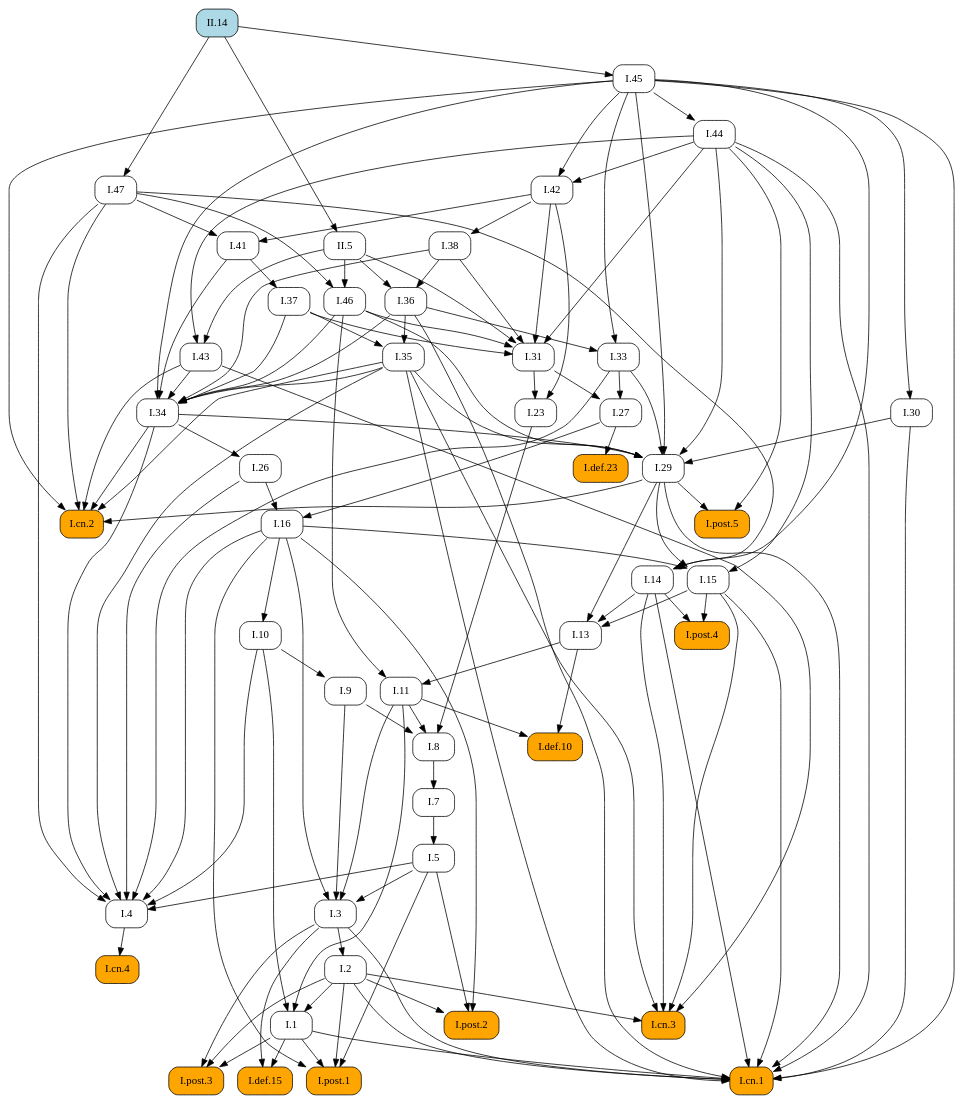
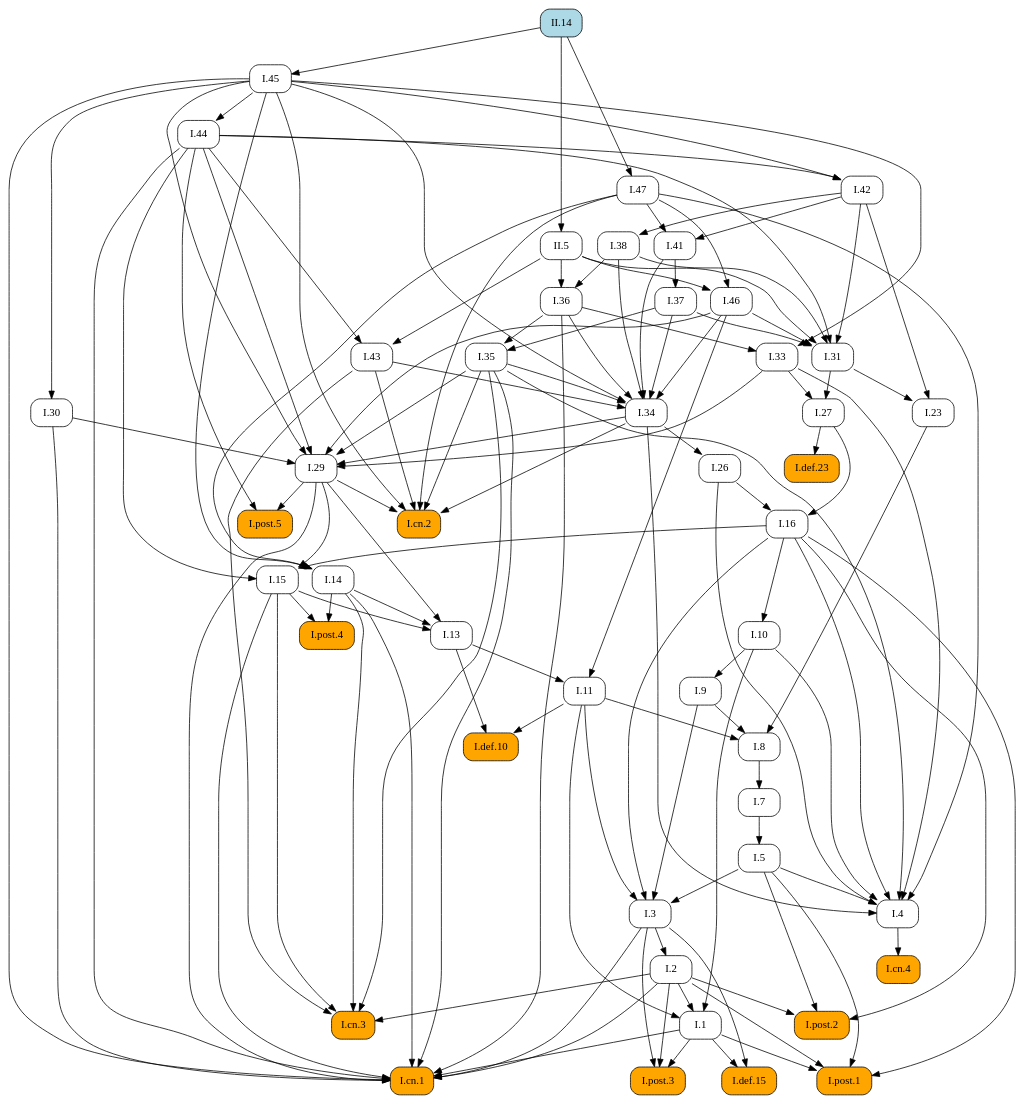
The diagram in docsrc/elements2/II/14/index.rst (geometor/elements), drawn with Graphviz before and after one commit. The commit also changed other lines of this file and 409 other files, not shown here.

First line of the commit message:
feat: Add image cropping and graphic extraction script

```diff
--- a/docsrc/elements2/II/14/index.rst
+++ b/docsrc/elements2/II/14/index.rst
@@ -95,118 +95,74 @@
    digraph {
      rankdir="TB";
      node [shape=box, style=rounded];
+     "I.37" [URL="/elements2/I/37/", target="_top"];
+     "I.43" [URL="/elements2/I/43/", target="_top"];
+     "I.31" [URL="/elements2/I/31/", target="_top"];
+     "I.41" [URL="/elements2/I/41/", target="_top"];
      "I.8" [URL="/elements2/I/8/", target="_top"];
+     "I.15" [URL="/elements2/I/15/", target="_top"];
+     "I.47" [URL="/elements2/I/47/", target="_top"];
+     "I.5" [URL="/elements2/I/5/", target="_top"];
+     "I.44" [URL="/elements2/I/44/", target="_top"];
+     "I.26" [URL="/elements2/I/26/", target="_top"];
+     "I.cn.1" [style="rounded,filled", fillcolor=orange, URL="/elements2/I/cn.1/", target="_top"];
+     "I.7" [URL="/elements2/I/7/", target="_top"];
+     "I.23" [URL="/elements2/I/23/", target="_top"];
+     "I.16" [URL="/elements2/I/16/", target="_top"];
+     "I.35" [URL="/elements2/I/35/", target="_top"];
+     "I.34" [URL="/elements2/I/34/", target="_top"];
+     "I.30" [URL="/elements2/I/30/", target="_top"];
+     "I.33" [URL="/elements2/I/33/", target="_top"];
+     "II.14" [style="rounded,filled", fillcolor=lightblue, URL="/elements2/II/14/", target="_top"];
+     "I.42" [URL="/elements2/I/42/", target="_top"];
+     "I.def.15" [style="rounded,filled", fillcolor=orange, URL="/elements2/I/def.15/", target="_top"];
      "I.46" [URL="/elements2/I/46/", target="_top"];
+     "I.38" [URL="/elements2/I/38/", target="_top"];
+     "I.post.4" [style="rounded,filled", fillcolor=orange, URL="/elements2/I/post.4/", target="_top"];
+     "I.11" [URL="/elements2/I/11/", target="_top"];
+     "I.def.10" [style="rounded,filled", fillcolor=orange, URL="/elements2/I/def.10/", target="_top"];
+     "I.def.23" [style="rounded,filled", fillcolor=orange, URL="/elements2/I/def.23/", target="_top"];
+     "I.post.5" [style="rounded,filled", fillcolor=orange, URL="/elements2/I/post.5/", target="_top"];
+     "I.3" [URL="/elements2/I/3/", target="_top"];
+     "I.14" [URL="/elements2/I/14/", target="_top"];
+     "I.10" [URL="/elements2/I/10/", target="_top"];
+     "II.5" [URL="/elements2/II/5/", target="_top"];
+     "I.cn.3" [style="rounded,filled", fillcolor=orange, URL="/elements2/I/cn.3/", target="_top"];
+     "I.13" [URL="/elements2/I/13/", target="_top"];
+     "I.4" [URL="/elements2/I/4/", target="_top"];
+     "I.post.3" [style="rounded,filled", fillcolor=orange, URL="/elements2/I/post.3/", target="_top"];
+     "I.9" [URL="/elements2/I/9/", target="_top"];
+     "I.29" [URL="/elements2/I/29/", target="_top"];
      "I.36" [URL="/elements2/I/36/", target="_top"];
-     "I.47" [URL="/elements2/I/47/", target="_top"];
-     "I.14" [URL="/elements2/I/14/", target="_top"];
+     "I.45" [URL="/elements2/I/45/", target="_top"];
      "I.post.1" [style="rounded,filled", fillcolor=orange, URL="/elements2/I/post.1/", target="_top"];
-     "I.33" [URL="/elements2/I/33/", target="_top"];
-     "I.45" [URL="/elements2/I/45/", target="_top"];
-     "I.5" [URL="/elements2/I/5/", target="_top"];
-     "I.38" [URL="/elements2/I/38/", target="_top"];
-     "I.post.5" [style="rounded,filled", fillcolor=orange, URL="/elements2/I/post.5/", target="_top"];
-     "I.def.10" [style="rounded,filled", fillcolor=orange, URL="/elements2/I/def.10/", target="_top"];
-     "I.30" [URL="/elements2/I/30/", target="_top"];
-     "I.cn.2" [style="rounded,filled", fillcolor=orange, URL="/elements2/I/cn.2/", target="_top"];
-     "I.def.15" [style="rounded,filled", fillcolor=orange, URL="/elements2/I/def.15/", target="_top"];
-     "I.31" [URL="/elements2/I/31/", target="_top"];
-     "I.11" [URL="/elements2/I/11/", target="_top"];
-     "I.43" [URL="/elements2/I/43/", target="_top"];
-     "I.3" [URL="/elements2/I/3/", target="_top"];
-     "I.def.23" [style="rounded,filled", fillcolor=orange, URL="/elements2/I/def.23/", target="_top"];
-     "I.post.2" [style="rounded,filled", fillcolor=orange, URL="/elements2/I/post.2/", target="_top"];
-     "I.26" [URL="/elements2/I/26/", target="_top"];
-     "I.cn.3" [style="rounded,filled", fillcolor=orange, URL="/elements2/I/cn.3/", target="_top"];
-     "I.cn.4" [style="rounded,filled", fillcolor=orange, URL="/elements2/I/cn.4/", target="_top"];
-     "I.1" [URL="/elements2/I/1/", target="_top"];
-     "I.7" [URL="/elements2/I/7/", target="_top"];
-     "I.42" [URL="/elements2/I/42/", target="_top"];
-     "I.9" [URL="/elements2/I/9/", target="_top"];
-     "II.5" [URL="/elements2/II/5/", target="_top"];
-     "I.cn.1" [style="rounded,filled", fillcolor=orange, URL="/elements2/I/cn.1/", target="_top"];
-     "I.29" [URL="/elements2/I/29/", target="_top"];
-     "I.post.4" [style="rounded,filled", fillcolor=orange, URL="/elements2/I/post.4/", target="_top"];
-     "I.16" [URL="/elements2/I/16/", target="_top"];
-     "I.13" [URL="/elements2/I/13/", target="_top"];
-     "I.41" [URL="/elements2/I/41/", target="_top"];
-     "I.35" [URL="/elements2/I/35/", target="_top"];
      "I.2" [URL="/elements2/I/2/", target="_top"];
      "I.27" [URL="/elements2/I/27/", target="_top"];
-     "I.37" [URL="/elements2/I/37/", target="_top"];
-     "I.4" [URL="/elements2/I/4/", target="_top"];
-     "I.44" [URL="/elements2/I/44/", target="_top"];
-     "I.10" [URL="/elements2/I/10/", target="_top"];
-     "II.14" [style="rounded,filled", fillcolor=lightblue, URL="/elements2/II/14/", target="_top"];
-     "I.15" [URL="/elements2/I/15/", target="_top"];
-     "I.34" [URL="/elements2/I/34/", target="_top"];
-     "I.23" [URL="/elements2/I/23/", target="_top"];
-     "I.post.3" [style="rounded,filled", fillcolor=orange, URL="/elements2/I/post.3/", target="_top"];
-     "I.9" -> "I.8";
-     "I.11" -> "I.8";
-     "I.23" -> "I.8";
-     "I.47" -> "I.46";
-     "II.5" -> "I.46";
-     "I.38" -> "I.36";
-     "II.5" -> "I.36";
-     "II.14" -> "I.47";
-     "I.45" -> "I.14";
-     "I.47" -> "I.14";
-     "I.1" -> "I.post.1";
-     "I.2" -> "I.post.1";
-     "I.5" -> "I.post.1";
-     "I.16" -> "I.post.1";
-     "I.36" -> "I.33";
-     "I.45" -> "I.33";
-     "II.14" -> "I.45";
-     "I.7" -> "I.5";
-     "I.42" -> "I.38";
-     "I.29" -> "I.post.5";
-     "I.44" -> "I.post.5";
-     "I.11" -> "I.def.10";
-     "I.13" -> "I.def.10";
-     "I.45" -> "I.30";
-     "I.29" -> "I.cn.2";
-     "I.34" -> "I.cn.2";
-     "I.35" -> "I.cn.2";
-     "I.43" -> "I.cn.2";
-     "I.45" -> "I.cn.2";
-     "I.47" -> "I.cn.2";
-     "I.1" -> "I.def.15";
-     "I.3" -> "I.def.15";
+     "I.cn.4" [style="rounded,filled", fillcolor=orange, URL="/elements2/I/cn.4/", target="_top"];
+     "I.cn.2" [style="rounded,filled", fillcolor=orange, URL="/elements2/I/cn.2/", target="_top"];
+     "I.1" [URL="/elements2/I/1/", target="_top"];
+     "I.post.2" [style="rounded,filled", fillcolor=orange, URL="/elements2/I/post.2/", target="_top"];
+     "I.41" -> "I.37";
+     "I.44" -> "I.43";
+     "II.5" -> "I.43";
      "I.37" -> "I.31";
      "I.38" -> "I.31";
      "I.42" -> "I.31";
      "I.44" -> "I.31";
      "I.46" -> "I.31";
      "II.5" -> "I.31";
-     "I.13" -> "I.11";
-     "I.46" -> "I.11";
-     "I.44" -> "I.43";
-     "II.5" -> "I.43";
-     "I.5" -> "I.3";
-     "I.9" -> "I.3";
-     "I.11" -> "I.3";
-     "I.16" -> "I.3";
-     "I.27" -> "I.def.23";
-     "I.2" -> "I.post.2";
-     "I.5" -> "I.post.2";
-     "I.16" -> "I.post.2";
+     "I.42" -> "I.41";
+     "I.47" -> "I.41";
+     "I.9" -> "I.8";
+     "I.11" -> "I.8";
+     "I.23" -> "I.8";
+     "I.16" -> "I.15";
+     "I.29" -> "I.15";
+     "I.44" -> "I.15";
+     "II.14" -> "I.47";
+     "I.7" -> "I.5";
+     "I.45" -> "I.44";
      "I.34" -> "I.26";
-     "I.2" -> "I.cn.3";
-     "I.14" -> "I.cn.3";
-     "I.15" -> "I.cn.3";
-     "I.35" -> "I.cn.3";
-     "I.43" -> "I.cn.3";
-     "I.4" -> "I.cn.4";
-     "I.2" -> "I.1";
-     "I.10" -> "I.1";
-     "I.11" -> "I.1";
-     "I.8" -> "I.7";
-     "I.44" -> "I.42";
-     "I.45" -> "I.42";
-     "I.10" -> "I.9";
-     "II.14" -> "II.5";
      "I.1" -> "I.cn.1";
      "I.2" -> "I.cn.1";
      "I.3" -> "I.cn.1";
@@ -218,28 +174,56 @@
      "I.36" -> "I.cn.1";
      "I.44" -> "I.cn.1";
      "I.45" -> "I.cn.1";
-     "I.30" -> "I.29";
-     "I.33" -> "I.29";
-     "I.34" -> "I.29";
-     "I.35" -> "I.29";
-     "I.44" -> "I.29";
-     "I.45" -> "I.29";
-     "I.46" -> "I.29";
+     "I.8" -> "I.7";
+     "I.31" -> "I.23";
+     "I.42" -> "I.23";
+     "I.26" -> "I.16";
+     "I.27" -> "I.16";
+     "I.36" -> "I.35";
+     "I.37" -> "I.35";
+     "I.35" -> "I.34";
+     "I.36" -> "I.34";
+     "I.37" -> "I.34";
+     "I.38" -> "I.34";
+     "I.41" -> "I.34";
+     "I.43" -> "I.34";
+     "I.45" -> "I.34";
+     "I.46" -> "I.34";
+     "I.45" -> "I.30";
+     "I.36" -> "I.33";
+     "I.45" -> "I.33";
+     "I.44" -> "I.42";
+     "I.45" -> "I.42";
+     "I.1" -> "I.def.15";
+     "I.3" -> "I.def.15";
+     "I.47" -> "I.46";
+     "II.5" -> "I.46";
+     "I.42" -> "I.38";
      "I.14" -> "I.post.4";
      "I.15" -> "I.post.4";
-     "I.26" -> "I.16";
-     "I.27" -> "I.16";
+     "I.13" -> "I.11";
+     "I.46" -> "I.11";
+     "I.11" -> "I.def.10";
+     "I.13" -> "I.def.10";
+     "I.27" -> "I.def.23";
+     "I.29" -> "I.post.5";
+     "I.44" -> "I.post.5";
+     "I.5" -> "I.3";
+     "I.9" -> "I.3";
+     "I.11" -> "I.3";
+     "I.16" -> "I.3";
+     "I.45" -> "I.14";
+     "I.47" -> "I.14";
+     "I.16" -> "I.10";
+     "II.14" -> "II.5";
+     "I.2" -> "I.cn.3";
+     "I.14" -> "I.cn.3";
+     "I.15" -> "I.cn.3";
+     "I.35" -> "I.cn.3";
+     "I.43" -> "I.cn.3";
      "I.14" -> "I.13";
      "I.15" -> "I.13";
      "I.29" -> "I.13";
-     "I.42" -> "I.41";
-     "I.47" -> "I.41";
-     "I.36" -> "I.35";
-     "I.37" -> "I.35";
-     "I.3" -> "I.2";
-     "I.31" -> "I.27";
-     "I.33" -> "I.27";
-     "I.41" -> "I.37";
      "I.5" -> "I.4";
      "I.10" -> "I.4";
      "I.16" -> "I.4";
@@ -248,22 +232,38 @@
      "I.34" -> "I.4";
      "I.35" -> "I.4";
      "I.47" -> "I.4";
-     "I.45" -> "I.44";
-     "I.16" -> "I.10";
-     "I.16" -> "I.15";
-     "I.29" -> "I.15";
-     "I.44" -> "I.15";
-     "I.35" -> "I.34";
-     "I.36" -> "I.34";
-     "I.37" -> "I.34";
-     "I.38" -> "I.34";
-     "I.41" -> "I.34";
-     "I.43" -> "I.34";
-     "I.45" -> "I.34";
-     "I.46" -> "I.34";
-     "I.31" -> "I.23";
-     "I.42" -> "I.23";
      "I.1" -> "I.post.3";
      "I.2" -> "I.post.3";
      "I.3" -> "I.post.3";
+     "I.10" -> "I.9";
+     "I.30" -> "I.29";
+     "I.33" -> "I.29";
+     "I.34" -> "I.29";
+     "I.35" -> "I.29";
+     "I.44" -> "I.29";
+     "I.45" -> "I.29";
+     "I.46" -> "I.29";
+     "I.38" -> "I.36";
+     "II.5" -> "I.36";
+     "II.14" -> "I.45";
+     "I.1" -> "I.post.1";
+     "I.2" -> "I.post.1";
+     "I.5" -> "I.post.1";
+     "I.16" -> "I.post.1";
+     "I.3" -> "I.2";
+     "I.31" -> "I.27";
+     "I.33" -> "I.27";
+     "I.4" -> "I.cn.4";
+     "I.29" -> "I.cn.2";
+     "I.34" -> "I.cn.2";
+     "I.35" -> "I.cn.2";
+     "I.43" -> "I.cn.2";
+     "I.45" -> "I.cn.2";
+     "I.47" -> "I.cn.2";
+     "I.2" -> "I.1";
+     "I.10" -> "I.1";
+     "I.11" -> "I.1";
+     "I.2" -> "I.post.2";
+     "I.5" -> "I.post.2";
+     "I.16" -> "I.post.2";
    }
```
